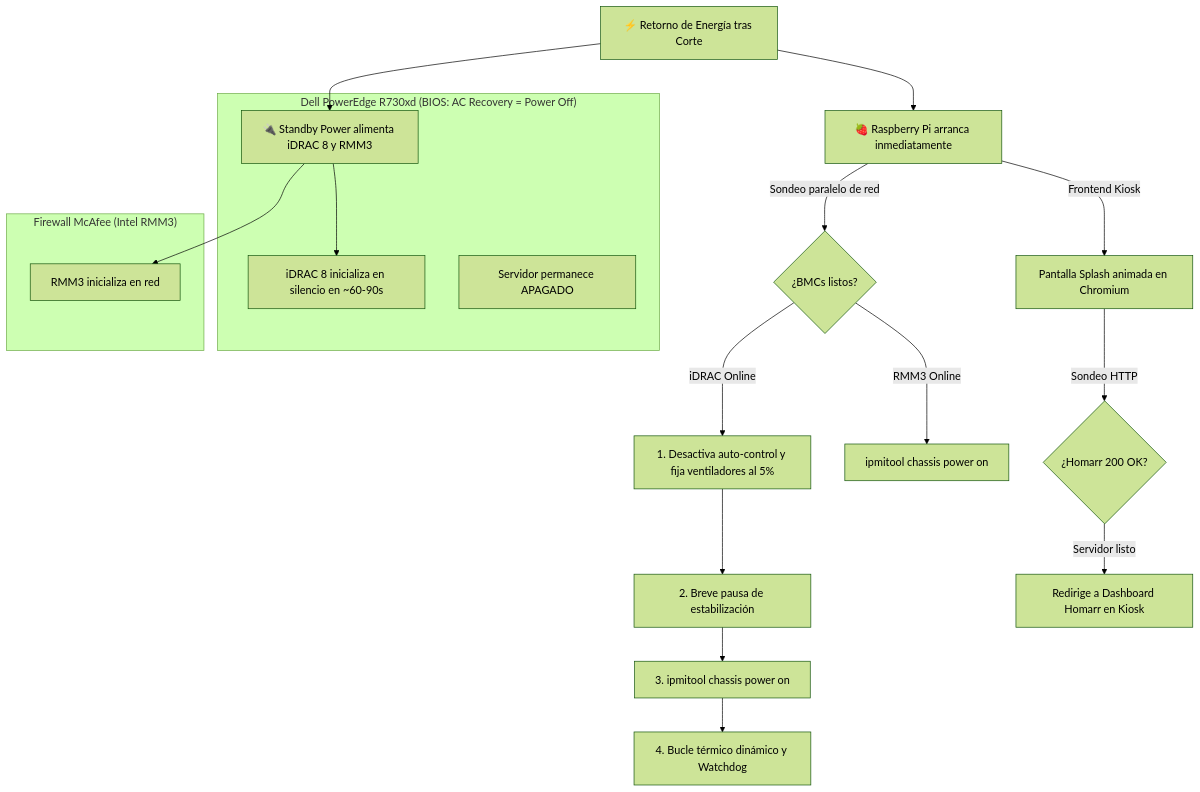
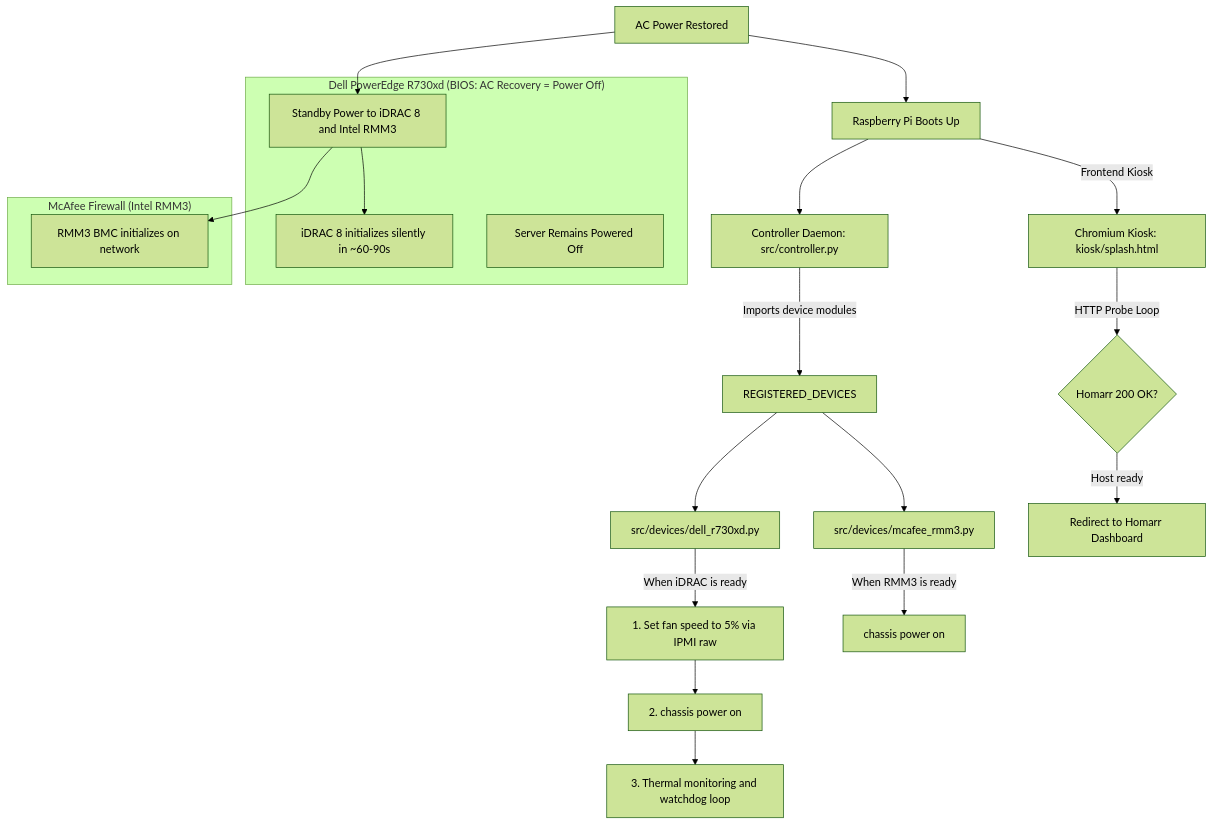
The diagram in README.md (manu1911x/idrac-silent-boot), drawn with Mermaid (forest theme) before and after one commit. The commit also changed other lines of this file and 18 other files, not shown here.

Commit message:
refactor: translate to English, remove all comments, and modularize device architecture

````diff
--- a/README.md
+++ b/README.md
@@ -19,26 +9,29 @@
 ```mermaid
 flowchart TD
-    Power[⚡ Retorno de Energía tras Corte] --> RPi[🍓 Raspberry Pi arranca inmediatamente]
-    Power --> Standby[🔌 Standby Power alimenta iDRAC 8 y RMM3]
-    
+    Power[AC Power Restored] --> RPi[Raspberry Pi Boots Up]
+    Power --> Standby[Standby Power to iDRAC 8 and Intel RMM3]
+
     subgraph DellR730xd ["Dell PowerEdge R730xd (BIOS: AC Recovery = Power Off)"]
-        Standby --> iDRACBoot[iDRAC 8 inicializa en silencio en ~60-90s]
-        ServerMain[Servidor permanece APAGADO]
+        Standby --> iDRACBoot[iDRAC 8 initializes silently in ~60-90s]
+        ServerMain[Server Remains Powered Off]
     end
 
-    subgraph McAfeeFW ["Firewall McAfee (Intel RMM3)"]
-        Standby --> RMM3Boot[RMM3 inicializa en red]
+    subgraph McAfeeFW ["McAfee Firewall (Intel RMM3)"]
+        Standby --> RMM3Boot[RMM3 BMC initializes on network]
     end
 
-    RPi -->|Sondeo paralelo de red| Detect{¿BMCs listos?}
-    Detect -->|iDRAC Online| MuteFans[1. Desactiva auto-control y fija ventiladores al 5%]
-    MuteFans --> Delay[2. Breve pausa de estabilización]
-    Delay --> PowerDell[3. ipmitool chassis power on]
-    PowerDell --> Loop[4. Bucle térmico dinámico y Watchdog]
+    RPi --> Controller[Controller Daemon: src/controller.py]
+    Controller -->|Imports device modules| Registry[REGISTERED_DEVICES]
+    Registry --> DellModule[src/devices/dell_r730xd.py]
+    Registry --> McAfeeModule[src/devices/mcafee_rmm3.py]
 
-    Detect -->|RMM3 Online| PowerFW[ipmitool chassis power on]
+    DellModule -->|When iDRAC is ready| Mute[1. Set fan speed to 5% via IPMI raw]
+    Mute --> PowerDell[2. chassis power on]
+    PowerDell --> Monitor[3. Thermal monitoring and watchdog loop]
 
-    RPi -->|Frontend Kiosk| Splash[Pantalla Splash animada en Chromium]
-    Splash -->|Sondeo HTTP| Homarr{¿Homarr 200 OK?}
-    Homarr -->|Servidor listo| Redirect[Redirige a Dashboard Homarr en Kiosk]
+    McAfeeModule -->|When RMM3 is ready| PowerFW[chassis power on]
+
+    RPi -->|Frontend Kiosk| Splash[Chromium Kiosk: kiosk/splash.html]
+    Splash -->|HTTP Probe Loop| Homarr{Homarr 200 OK?}
+    Homarr -->|Host ready| Redirect[Redirect to Homarr Dashboard]
 ```
````
